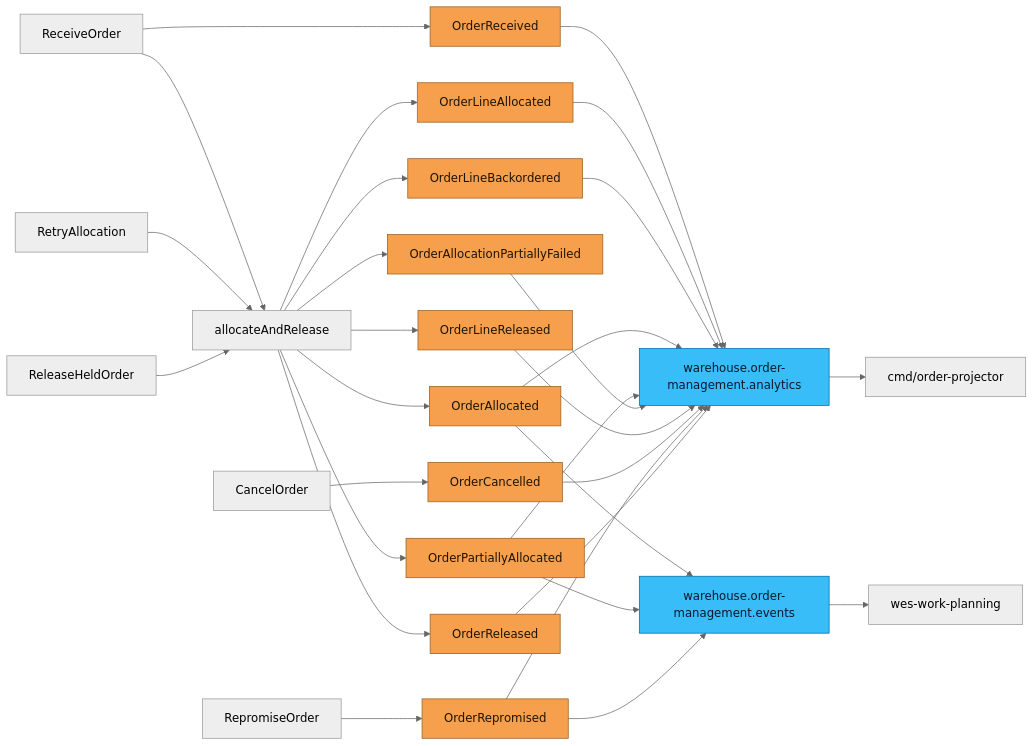
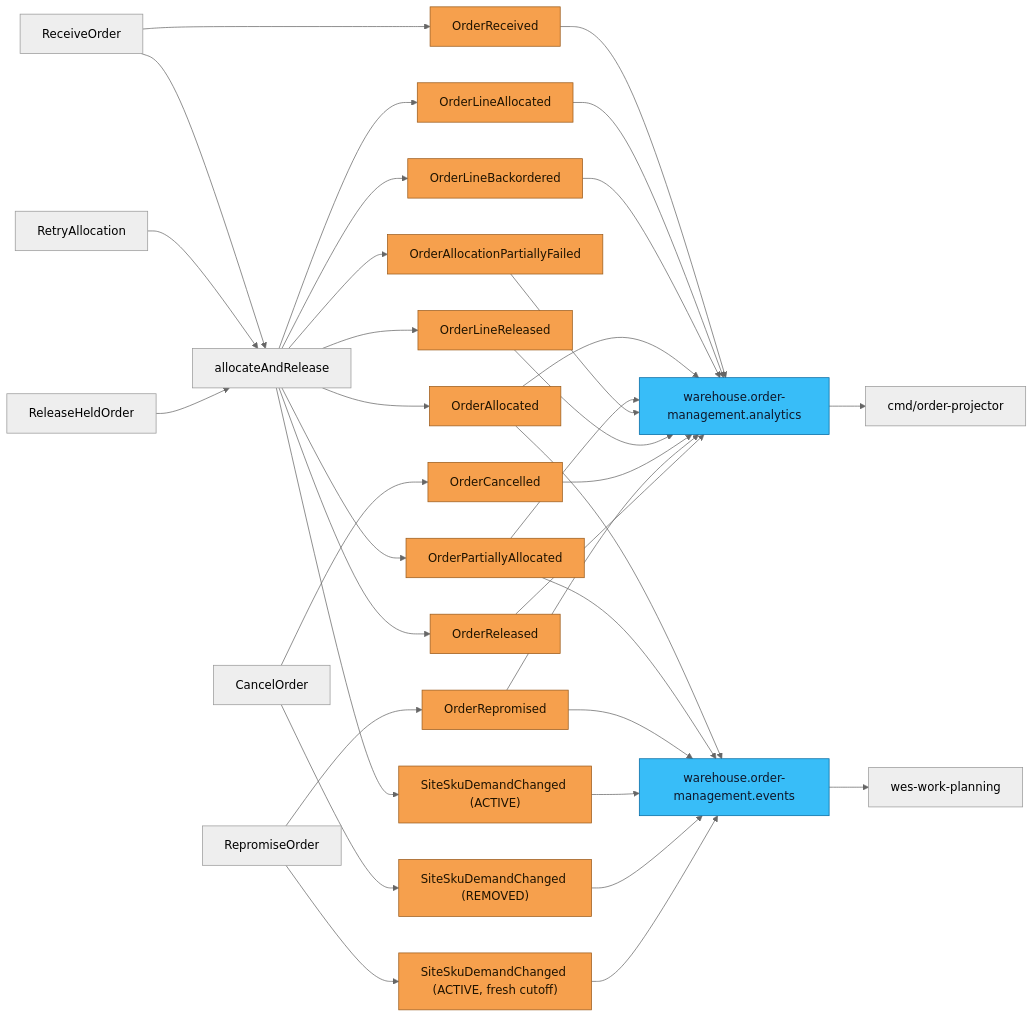
One commit to IQVO/warehouse-docs changed the diagram in docs/contexts/order-management/domain-events.md. Above: the diagram before and after it, drawn with Mermaid (neutral theme). The commit also changed other lines of this file and 318 other files, not shown here.

````diff
--- a/docs/contexts/order-management/domain-events.md
+++ b/docs/contexts/order-management/domain-events.md
@@ -184,26 +202,30 @@
 ```mermaid
 flowchart LR
   RO["ReceiveOrder"] --> E1["OrderReceived"]
   RO --> AR["allocateAndRelease"]
   RA["RetryAllocation"] --> AR
   RH["ReleaseHeldOrder"] --> AR
   AR --> E2["OrderLineAllocated"]
   AR --> E3["OrderLineBackordered"]
   AR --> E4["OrderAllocated"]
   AR --> E5["OrderPartiallyAllocated"]
   AR --> E6["OrderAllocationPartiallyFailed"]
   AR --> E7["OrderLineReleased"]
   AR --> E10["OrderReleased"]
+  AR --> E11["SiteSkuDemandChanged (ACTIVE)"]
   CO["CancelOrder"] --> E8["OrderCancelled"]
+  CO --> E12["SiteSkuDemandChanged (REMOVED)"]
   RP["RepromiseOrder"] --> E9["OrderRepromised"]
+  RP --> E13["SiteSkuDemandChanged (ACTIVE, fresh cutoff)"]
 
   E1 & E2 & E3 & E4 & E5 & E6 & E7 & E8 & E9 & E10 --> AN["warehouse.order-management.analytics"]
   E4 & E5 & E9 --> INT["warehouse.order-management.events"]
+  E11 & E12 & E13 --> INT
   INT --> WP["wes-work-planning"]
   AN --> PJ["cmd/order-projector"]
 
   classDef ev fill:#f6a04d,stroke:#9a5b1c,color:#1f1300;
   classDef topic fill:#38bdf8,stroke:#0369a1,color:#0f172a;
-  class E1,E2,E3,E4,E5,E6,E7,E8,E9,E10 ev;
+  class E1,E2,E3,E4,E5,E6,E7,E8,E9,E10,E11,E12,E13 ev;
   class AN,INT topic;
 ```
````
